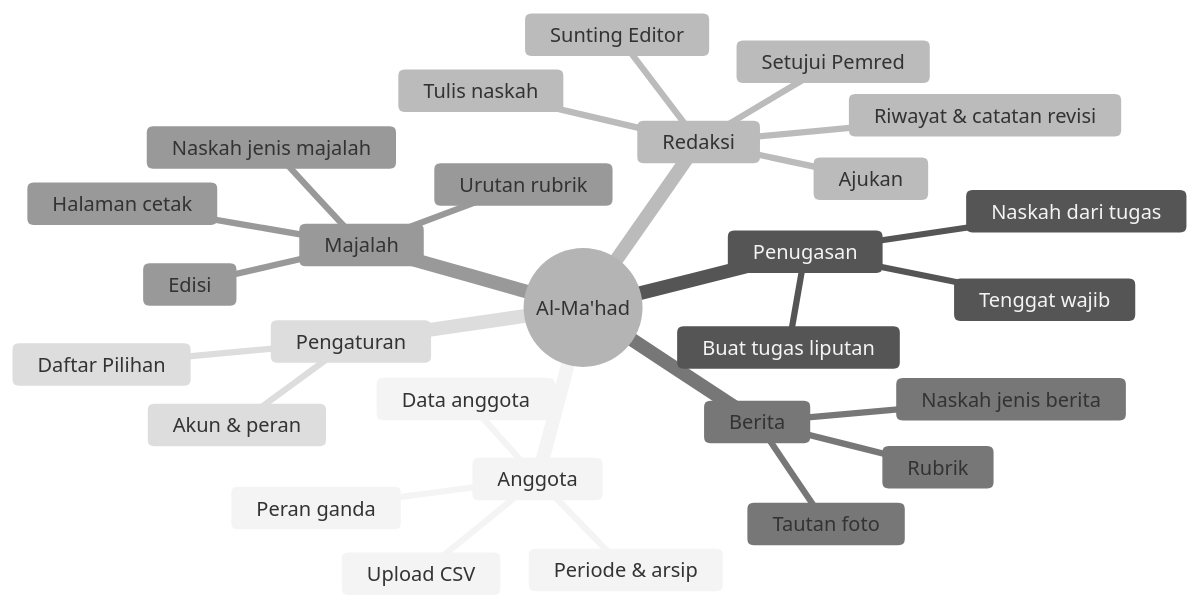
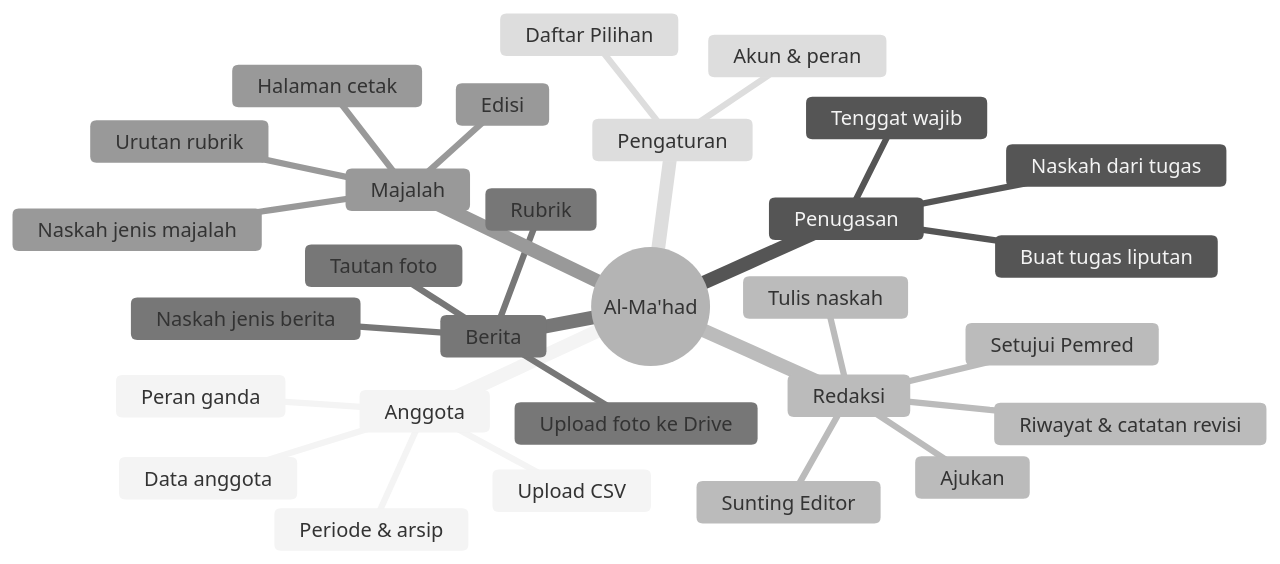
Before and after one commit to Peelutk/almahad: the first of 4 diagrams in DESAIN.md, drawn with Mermaid (neutral theme). The commit also changed other lines of this file and 15 other files, not shown here.

First line of the commit message:
Upload foto ke Google Drive (akun Email & Drive yang sama), tampil privat lewat aplikasi

````diff
--- a/DESAIN.md
+++ b/DESAIN.md
@@ -74,31 +80,32 @@
 ```mermaid
 mindmap
   root((Al-Ma'had))
     Anggota
       Data anggota
       Upload CSV
       Peran ganda
       Periode & arsip
     Penugasan
       Buat tugas liputan
       Tenggat wajib
       Naskah dari tugas
     Redaksi
       Tulis naskah
       Ajukan
       Sunting Editor
       Setujui Pemred
       Riwayat & catatan revisi
     Berita
       Naskah jenis berita
       Rubrik
       Tautan foto
+      Upload foto ke Drive
     Majalah
       Edisi
       Naskah jenis majalah
       Urutan rubrik
       Halaman cetak
     Pengaturan
       Akun & peran
       Daftar Pilihan
 ```
````
